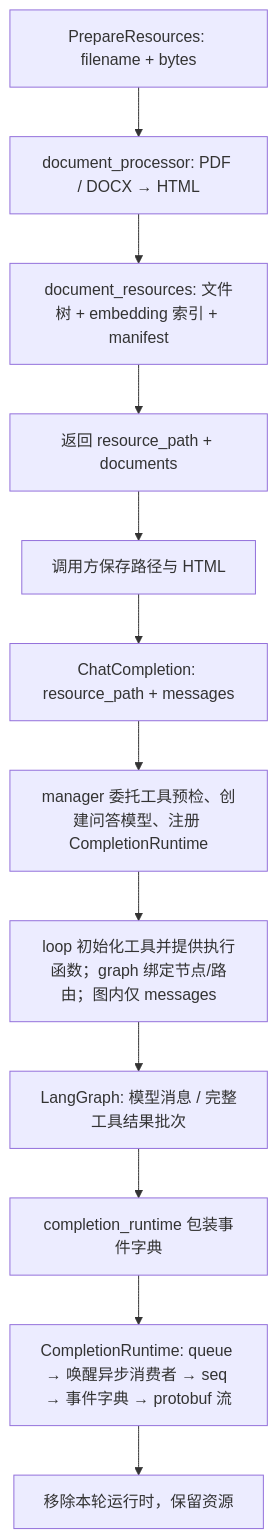
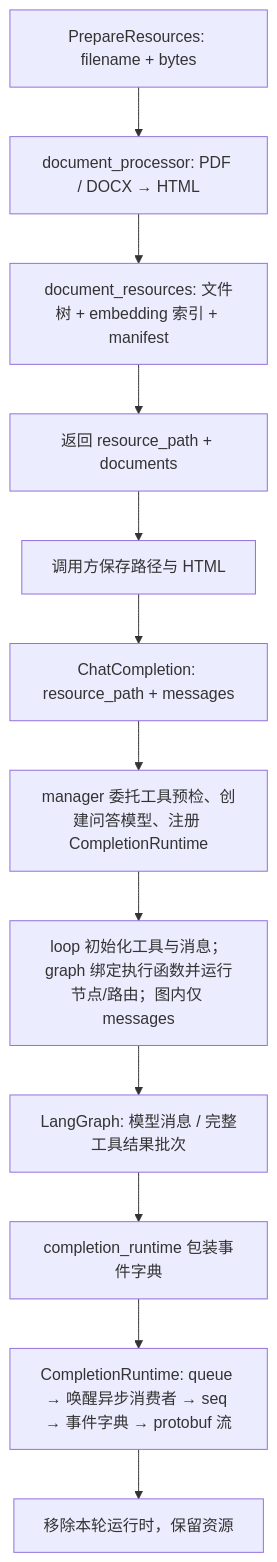
The first of 2 diagrams in agent/service/file_extraction_agent/docs/flowchart.md (ADChahaha/TraceAgent), drawn with Mermaid before and after one commit. The commit also changed other lines of this file and 14 other files, not shown here.

````diff
--- a/agent/service/file_extraction_agent/docs/flowchart.md
+++ b/agent/service/file_extraction_agent/docs/flowchart.md
@@ -5,14 +5,14 @@
 ```mermaid
 flowchart TD
     A["PrepareResources: filename + bytes"] --> B["document_processor: PDF / DOCX → HTML"]
     B --> C["document_resources: 文件树 + embedding 索引 + manifest"]
     C --> D["返回 resource_path + documents"]
     D --> E["调用方保存路径与 HTML"]
     E --> F["ChatCompletion: resource_path + messages"]
     F --> G["manager 委托工具预检、创建问答模型、注册 CompletionRuntime"]
-    G --> H["loop 初始化工具并提供执行函数；graph 绑定节点/路由；图内仅 messages"]
+    G --> H["loop 初始化工具与消息；graph 绑定执行函数并运行节点/路由；图内仅 messages"]
     H --> I["LangGraph: 模型消息 / 完整工具结果批次"]
     I --> J["completion_runtime 包装事件字典"]
     J --> K["CompletionRuntime: queue → 唤醒异步消费者 → seq → 事件字典 → protobuf 流"]
     K --> L["移除本轮运行时，保留资源"]
 ```
````
